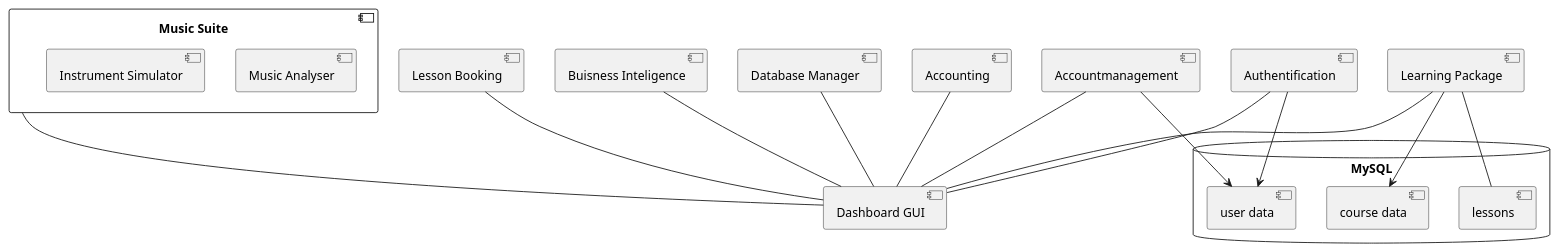
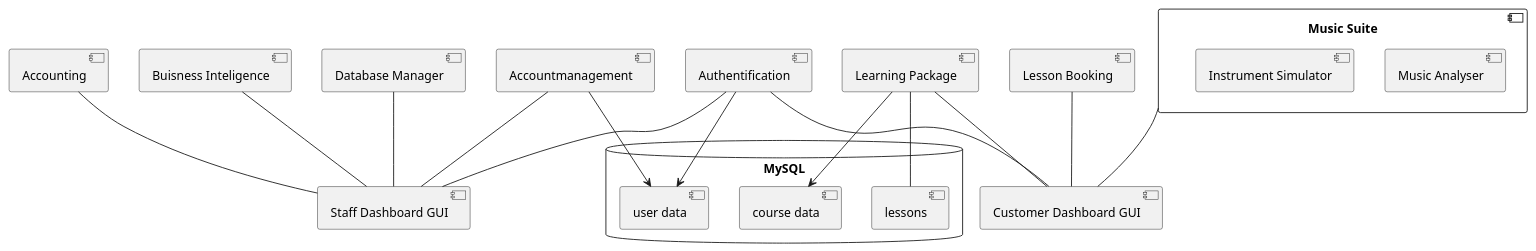
One commit to Famondir/Music-Suite changed the second of 3 diagrams in README.md. Above: the diagram before and after it, drawn with PlantUML. The commit also changed other lines of this file and 5 other files, not shown here.

Commit message:
Added text about bussiness model, changed component diagram used sonar cube first time

````diff
--- a/README.md
+++ b/README.md
@@ -90,28 +119,29 @@
 ```plantuml
 @startuml
 database "MySQL" {
     [user data]
     [course data]
     [lessons]
 }
 
 component "Music Suite" {
     [Music Analyser]
     [Instrument Simulator]
 }
 
 [Accountmanagement] --> [user data]
 [Authentification] --> [user data]
-[Authentification] -- [Dashboard GUI]
-[Lesson Booking] -- [Dashboard GUI]
-[Learning Package] -- [Dashboard GUI]
+[Authentification] -- [Customer Dashboard GUI]
+[Authentification] -- [Staff Dashboard GUI]
+[Lesson Booking] -- [Customer Dashboard GUI]
+[Learning Package] -- [Customer Dashboard GUI]
 [Learning Package] --> [course data]
 [Learning Package] -- [lessons]
-[Buisness Inteligence] -- [Dashboard GUI]
-[Accountmanagement] -- [Dashboard GUI]
-[Database Manager] -- [Dashboard GUI]
-[Accounting] -- [Dashboard GUI]
+[Buisness Inteligence] -- [Staff Dashboard GUI]
+[Accountmanagement] -- [Staff Dashboard GUI]
+[Database Manager] -- [Staff Dashboard GUI]
+[Accounting] -- [Staff Dashboard GUI]
 
-[Music Suite] -- [Dashboard GUI]
+[Music Suite] -- [Customer Dashboard GUI]
 @enduml
 ```
````
